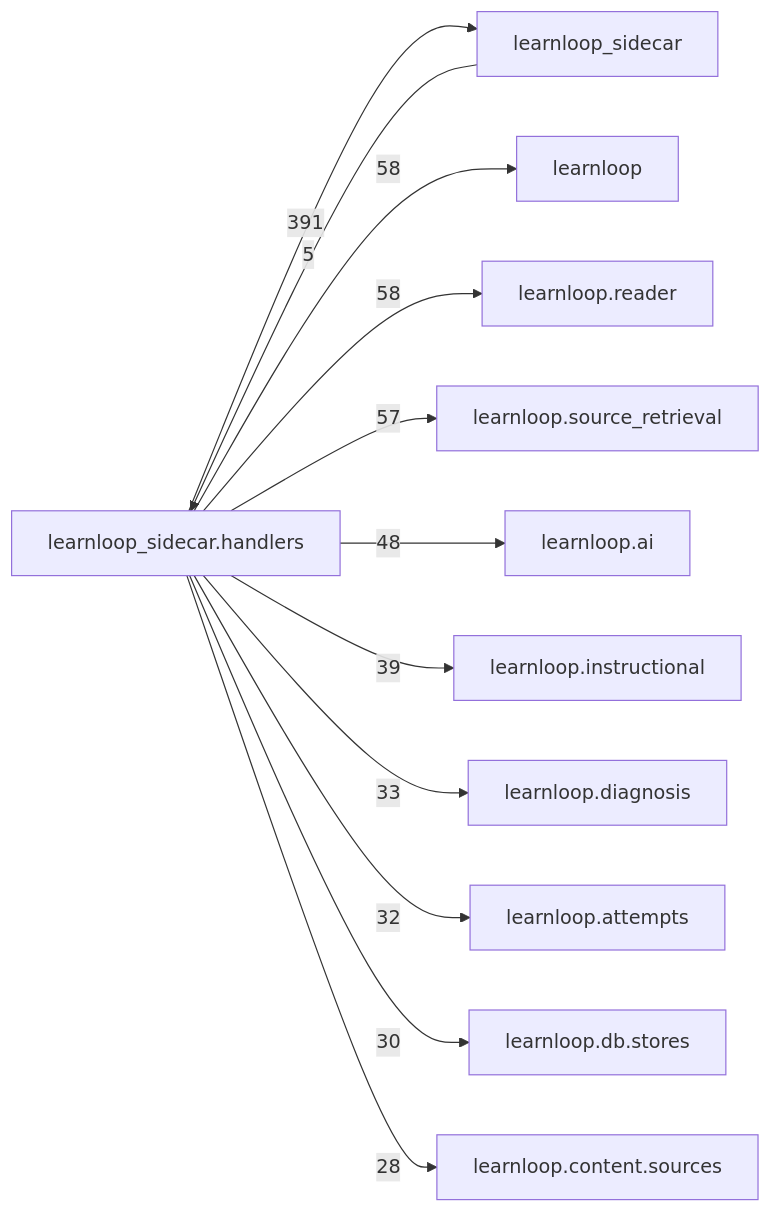
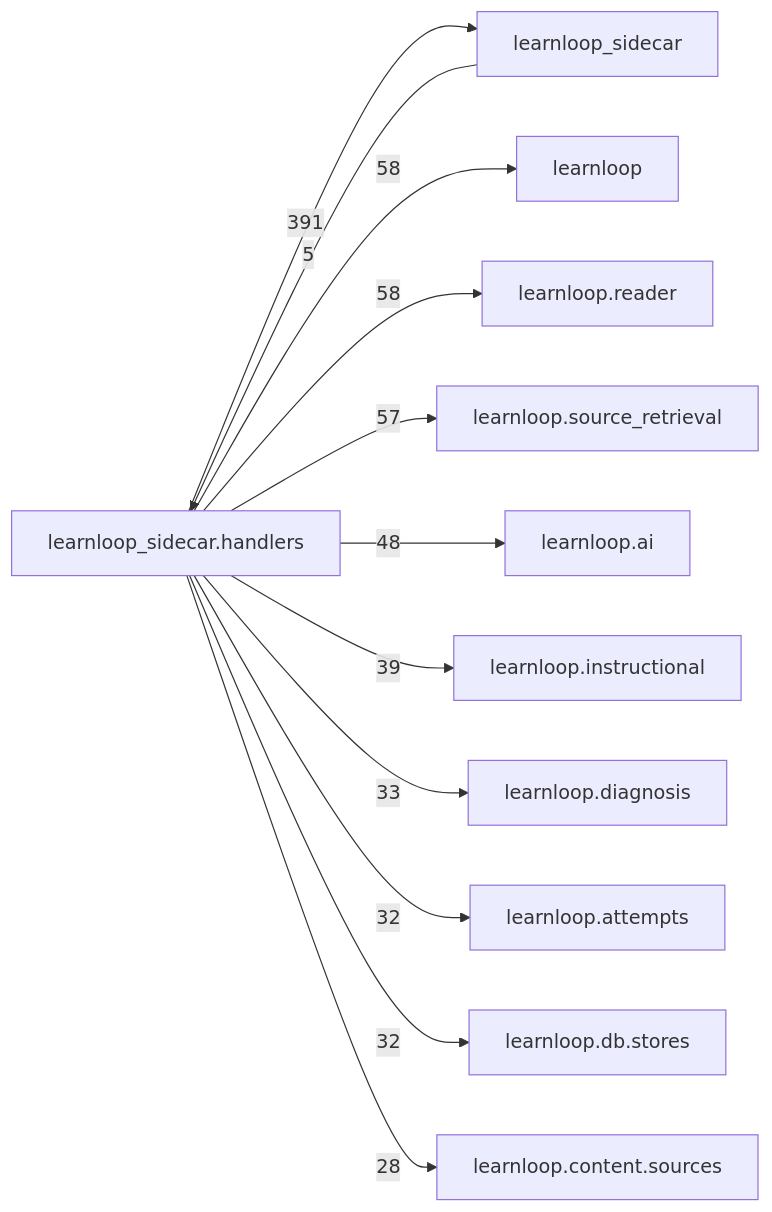
Before and after one commit to 6up-b/learnanything: the diagram in docs/learnloop-architecture-vault/Reference/Modules/learnloop_sidecar/handlers/_package.md, drawn with Mermaid. The commit also changed other lines of this file and 39 other files, not shown here.

````diff
--- a/docs/learnloop-architecture-vault/Reference/Modules/learnloop_sidecar/handlers/_package.md
+++ b/docs/learnloop-architecture-vault/Reference/Modules/learnloop_sidecar/handlers/_package.md
@@ -287,25 +287,25 @@
 ```mermaid
 flowchart LR
     center["learnloop_sidecar.handlers"]
     n_learnloop_sidecar["learnloop_sidecar"]
     n_learnloop["learnloop"]
     n_learnloop_reader["learnloop.reader"]
     n_learnloop_source_retrieval["learnloop.source_retrieval"]
     n_learnloop_ai["learnloop.ai"]
     n_learnloop_instructional["learnloop.instructional"]
     n_learnloop_diagnosis["learnloop.diagnosis"]
     n_learnloop_attempts["learnloop.attempts"]
     n_learnloop_db_stores["learnloop.db.stores"]
     n_learnloop_content_sources["learnloop.content.sources"]
     n_learnloop_sidecar -->|5| center
     center -->|391| n_learnloop_sidecar
     center -->|58| n_learnloop
     center -->|58| n_learnloop_reader
     center -->|57| n_learnloop_source_retrieval
     center -->|48| n_learnloop_ai
     center -->|39| n_learnloop_instructional
     center -->|33| n_learnloop_diagnosis
     center -->|32| n_learnloop_attempts
-    center -->|30| n_learnloop_db_stores
+    center -->|32| n_learnloop_db_stores
     center -->|28| n_learnloop_content_sources
 ```
````
